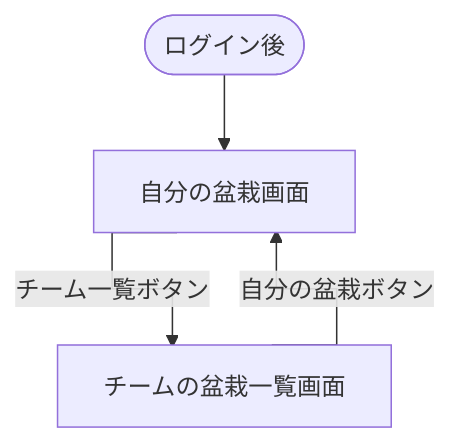
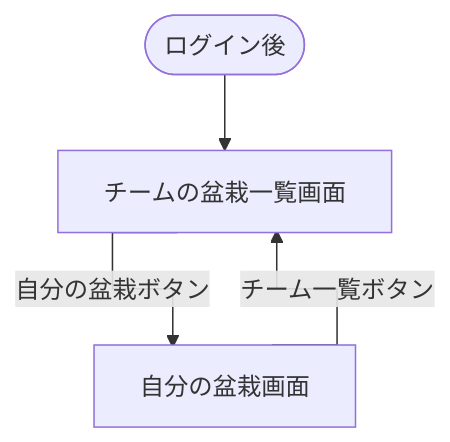
One commit to katsudon08/tamamori changed the second of 2 diagrams in docs/requirement.md. Above: the diagram before and after it, drawn with Mermaid. The commit also changed other lines of this file, not shown here.

````diff
--- a/docs/requirement.md
+++ b/docs/requirement.md
@@ -177,7 +177,7 @@
 ```mermaid
 %%{init: {"flowchart": {"curve": "stepAfter"}}}%%
 flowchart TD
-    Entry(["ログイン後"]) --> MyBonsai["自分の盆栽画面"]
-    MyBonsai -->|チーム一覧ボタン| TeamBonsai["チームの盆栽一覧画面"]
-    TeamBonsai -->|自分の盆栽ボタン| MyBonsai
+    Entry(["ログイン後"]) --> TeamBonsai["チームの盆栽一覧画面"]
+    TeamBonsai -->|自分の盆栽ボタン| MyBonsai["自分の盆栽画面"]
+    MyBonsai -->|チーム一覧ボタン| TeamBonsai
 ```
````
